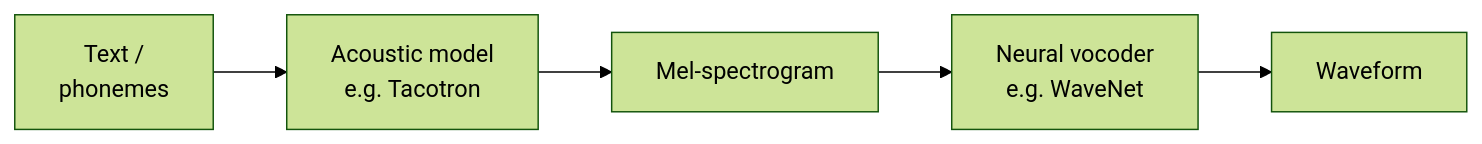
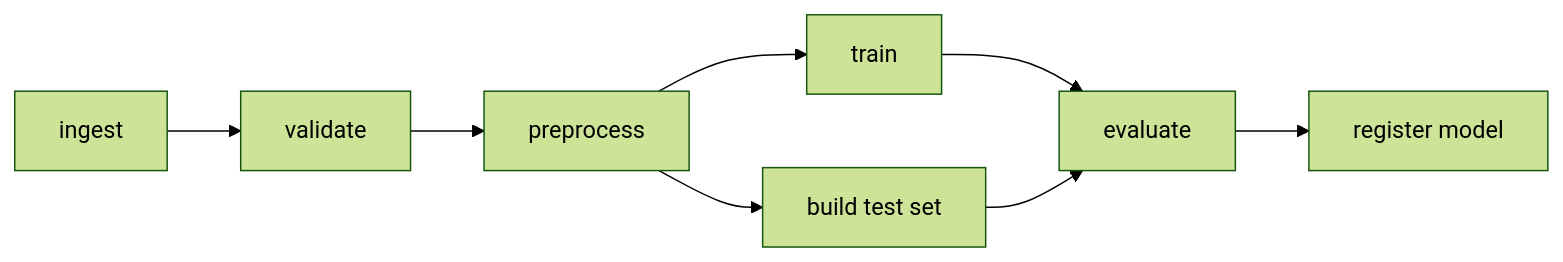
One commit to kader-xai/kader-xai.github.io changed the fourth of 10 diagrams in ai-ml-encyclopedia/ch29.qmd. Above: the diagram before and after it, drawn with Mermaid (forest theme). The commit also changed other lines of this file and 47 other files, not shown here.

````diff
--- a/ai-ml-encyclopedia/ch29.qmd
+++ b/ai-ml-encyclopedia/ch29.qmd
@@ -215,4 +179,10 @@
 ```{mermaid}
 flowchart LR
-  T[Text /<br/>phonemes] --> AM[Acoustic model<br/>e.g. Tacotron] --> M[Mel-spectrogram] --> V[Neural vocoder<br/>e.g. WaveNet] --> W[Waveform]
+  I[ingest] --> V[validate]
+  V --> P[preprocess]
+  P --> Tr[train]
+  P --> Te[build test set]
+  Tr --> E[evaluate]
+  Te --> E
+  E --> Reg[register model]
 ```
````
